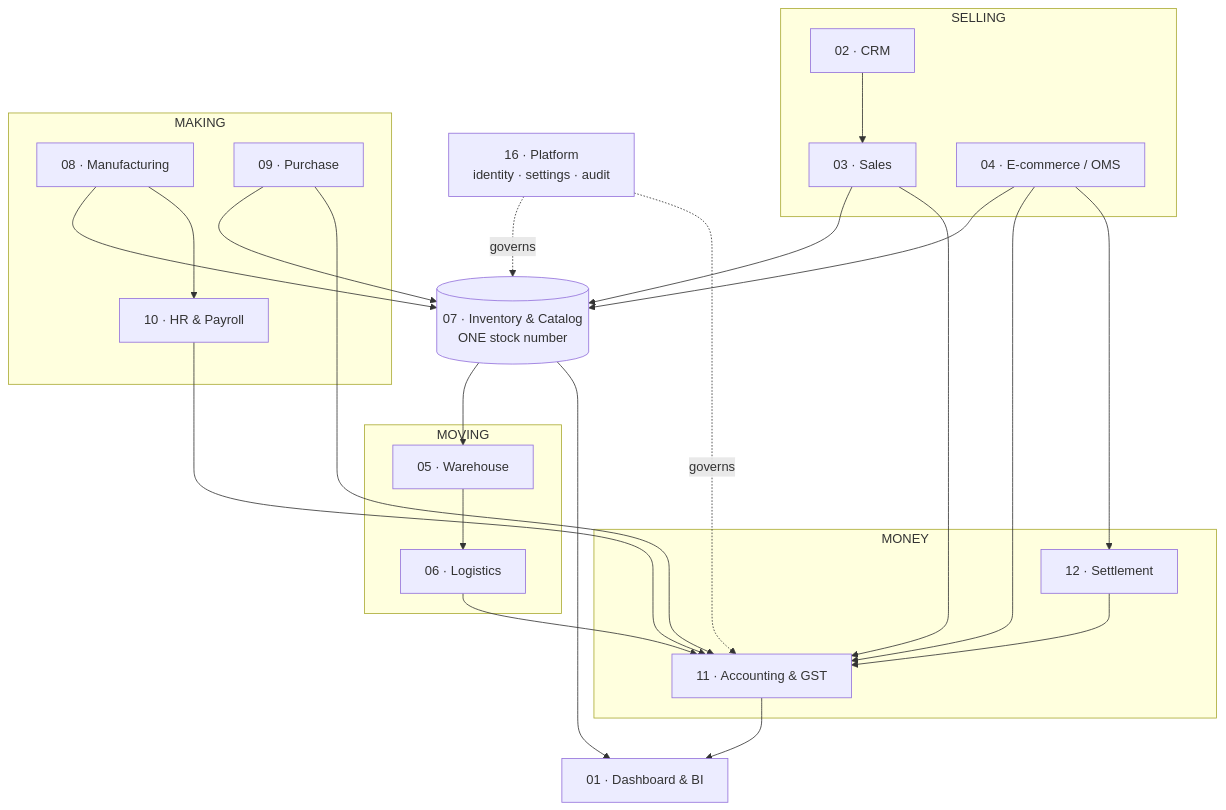
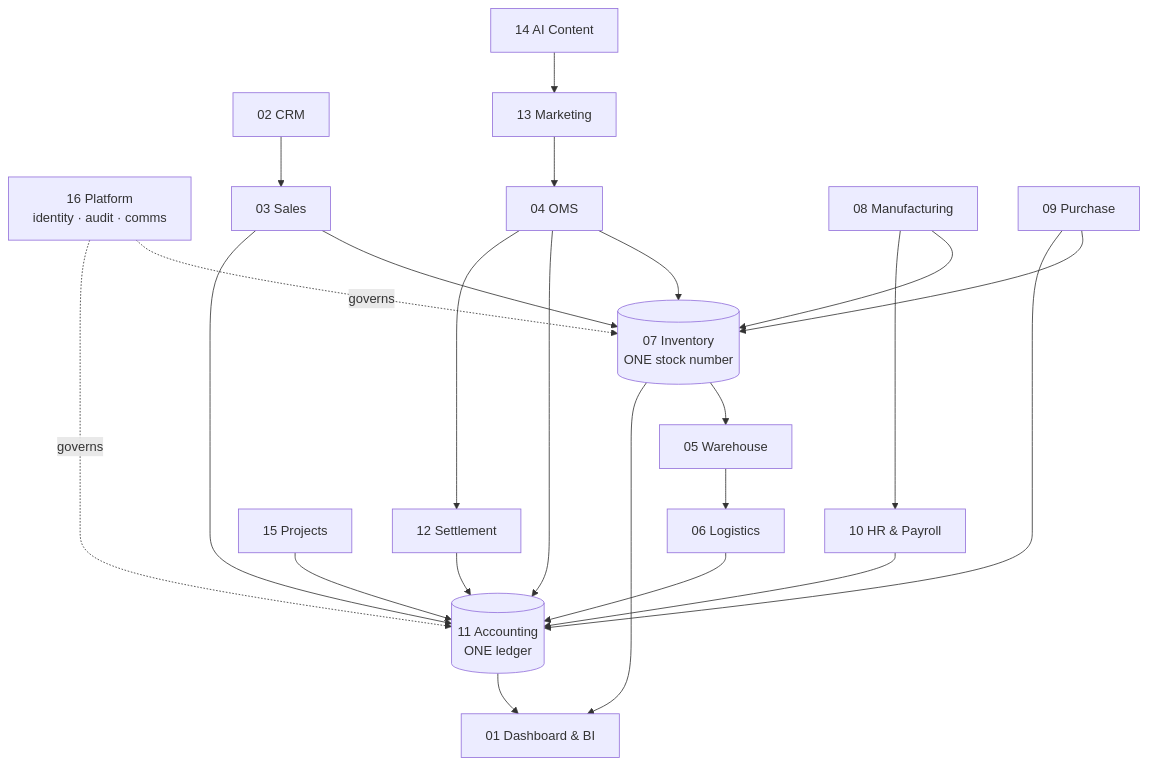
Before and after one commit to vastrangam/AI_Content_Engine: the first of 17 diagrams in PLAN_OF_ACTION.md, drawn with Mermaid. The commit also changed other lines of this file and 1 other file, not shown here.

First line of the commit message:
Build order is 01 to 16, in sequence — stop reordering it

````diff
--- a/PLAN_OF_ACTION.md
+++ b/PLAN_OF_ACTION.md
@@ -104,44 +34,24 @@
 ```mermaid
 flowchart TB
-    subgraph SELL[" SELLING "]
-        M03[03 · Sales]
-        M04[04 · E-commerce / OMS]
-        M02[02 · CRM]
-    end
-    subgraph MAKE[" MAKING "]
-        M08[08 · Manufacturing]
-        M09[09 · Purchase]
-        M10[10 · HR & Payroll]
-    end
-    subgraph MOVE[" MOVING "]
-        M05[05 · Warehouse]
-        M06[06 · Logistics]
-    end
-    subgraph MONEY[" MONEY "]
-        M11[11 · Accounting & GST]
-        M12[12 · Settlement]
-    end
-    CORE[(07 · Inventory & Catalog<br/>ONE stock number)]
-    M16[16 · Platform<br/>identity · settings · audit]
-    M01[01 · Dashboard & BI]
-
-    M02 --> M03
-    M03 --> CORE
-    M04 --> CORE
-    M08 --> CORE
-    M09 --> CORE
-    CORE --> M05
-    M05 --> M06
-    M03 --> M11
-    M04 --> M11
-    M06 --> M11
-    M09 --> M11
-    M10 --> M11
-    M08 --> M10
-    M04 --> M12
-    M12 --> M11
-    M11 --> M01
-    CORE --> M01
-    M16 -.governs.-> CORE
-    M16 -.governs.-> M11
+  M16[16 Platform<br/>identity · audit · comms]
+  M02[02 CRM] --> M03[03 Sales]
+  M13[13 Marketing] --> M04[04 OMS]
+  M14[14 AI Content] --> M13
+  M03 --> INV[(07 Inventory<br/>ONE stock number)]
+  M04 --> INV
+  M08[08 Manufacturing] --> INV
+  M09[09 Purchase] --> INV
+  INV --> M05[05 Warehouse] --> M06[06 Logistics]
+  M03 --> GL[(11 Accounting<br/>ONE ledger)]
+  M04 --> GL
+  M06 --> GL
+  M09 --> GL
+  M10[10 HR & Payroll] --> GL
+  M15[15 Projects] --> GL
+  M04 --> M12[12 Settlement] --> GL
+  M08 --> M10
+  GL --> M01[01 Dashboard & BI]
+  INV --> M01
+  M16 -.governs.-> INV
+  M16 -.governs.-> GL
 ```
````
